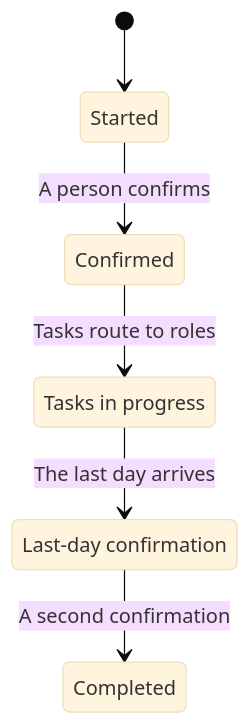
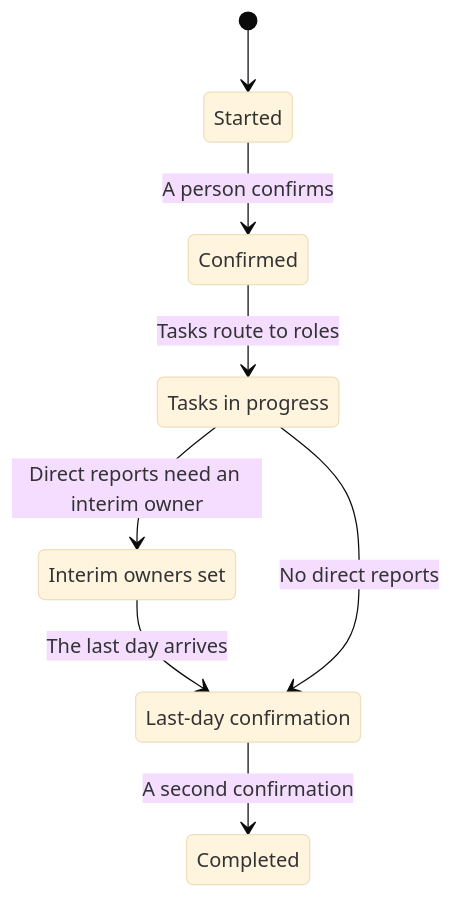
One commit to staceykay67/scalemaker-hris-showcase changed the fourth of 8 diagrams in README.md. Above: the diagram before and after it, drawn with Mermaid (base theme). The commit also changed other lines of this file, not shown here.

````diff
--- a/README.md
+++ b/README.md
@@ -192,13 +279,16 @@
 ```mermaid
 stateDiagram-v2
     state "Started" as Started
     state "Confirmed" as Confirmed
     state "Tasks in progress" as Tasks
+    state "Interim owners set" as Interim
     state "Last-day confirmation" as LastDay
     state "Completed" as Completed
     [*] --> Started
     Started --> Confirmed: A person confirms
     Confirmed --> Tasks: Tasks route to roles
-    Tasks --> LastDay: The last day arrives
+    Tasks --> Interim: Direct reports need an interim owner
+    Interim --> LastDay: The last day arrives
+    Tasks --> LastDay: No direct reports
     LastDay --> Completed: A second confirmation
 ```
````
